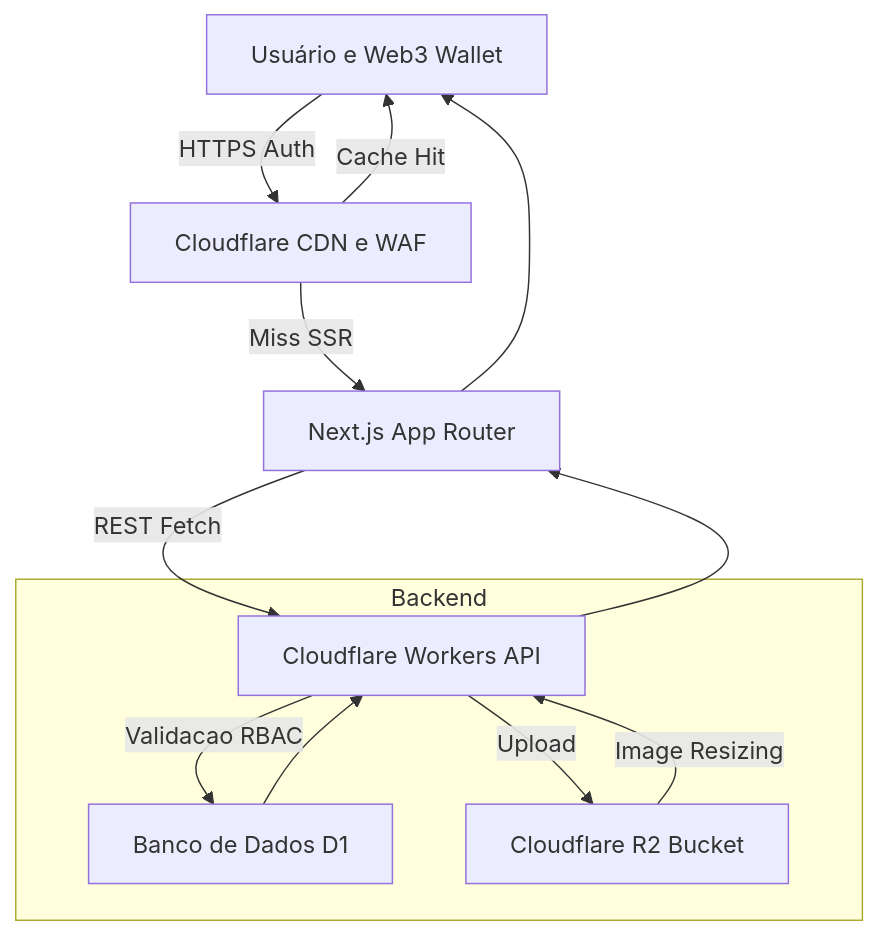
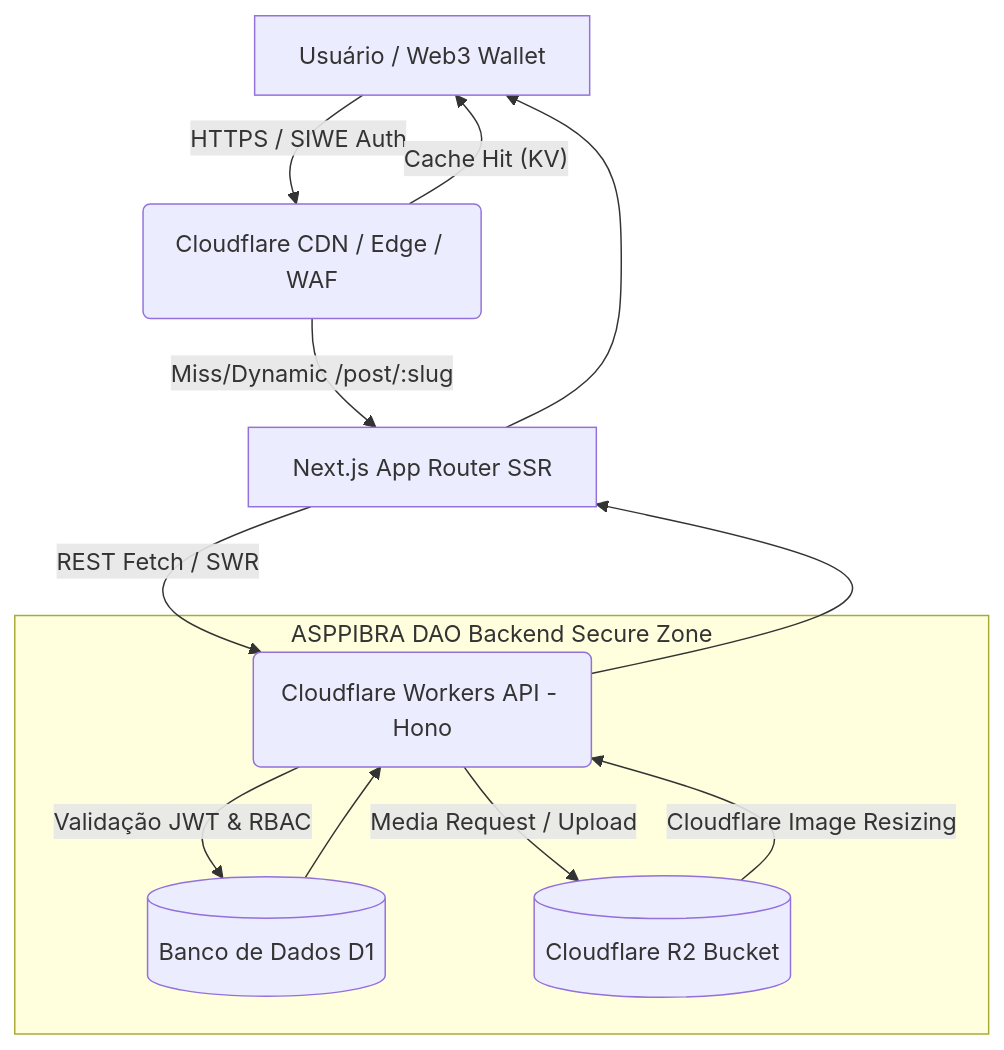
The first of 3 diagrams in src/sections/blog/ARCHITECTURE.md (DIGITAL-WORLD-ECOSYSTEM/DAO), drawn with Mermaid before and after one commit. The commit also changed other lines of this file and 361 other files, not shown here.

````diff
--- a/src/sections/blog/ARCHITECTURE.md
+++ b/src/sections/blog/ARCHITECTURE.md
@@ -10,17 +10,17 @@
 ```mermaid
 graph TD
-    A[Usuário e Web3 Wallet] -->|HTTPS Auth| B[Cloudflare CDN e WAF]
-    B -->|Cache Hit| A
-    B -->|Miss SSR| C[Next.js App Router]
-    C -->|REST Fetch| D[Cloudflare Workers API]
+    A["Usuário / Web3 Wallet"] -->|"HTTPS / SIWE Auth"| B("Cloudflare CDN / Edge / WAF")
+    B -->|"Cache Hit (KV)"| A
+    B -->|"Miss/Dynamic /post/:slug"| C["Next.js App Router SSR"]
+    C -->|"REST Fetch / SWR"| D("Cloudflare Workers API - Hono")
     
-    subgraph Backend
-      D -->|Validacao RBAC| E[Banco de Dados D1]
-      D -->|Upload| F[Cloudflare R2 Bucket]
+    subgraph backend ["ASPPIBRA DAO Backend Secure Zone"]
+      D -->|"Validação JWT & RBAC"| E[("Banco de Dados D1")]
+      D -->|"Media Request / Upload"| F[("Cloudflare R2 Bucket")]
     end
     
     E --> D
-    F -->|Image Resizing| D
+    F -->|"Cloudflare Image Resizing"| D
     D --> C
     C --> A
 ```
````
